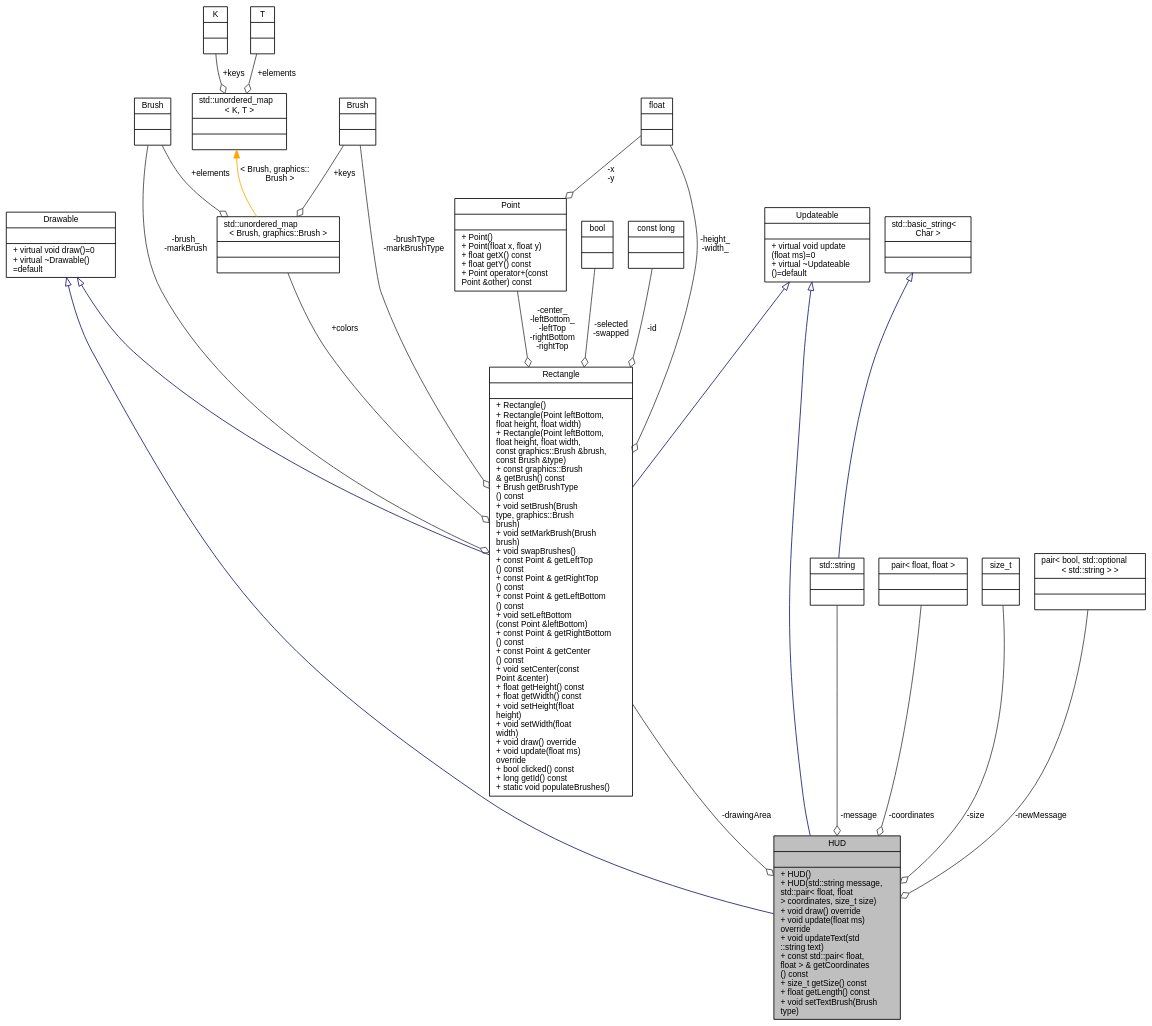
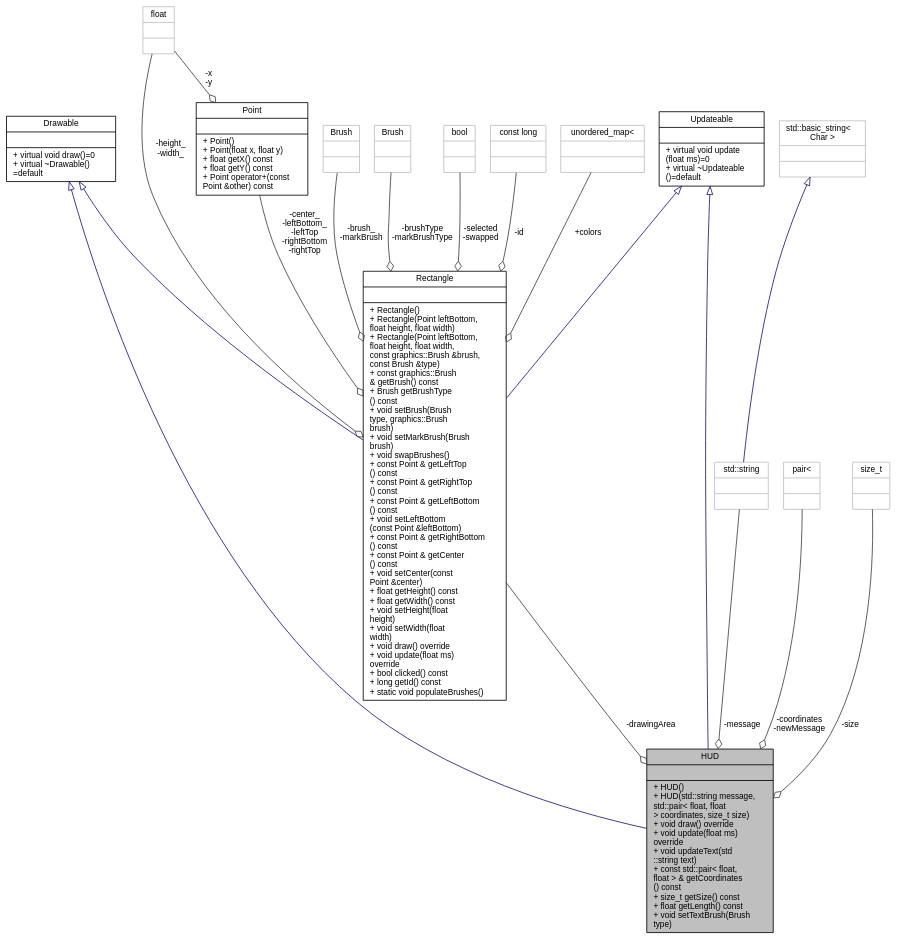
One commit to iliaskap12/chess changed the diagram in d9/d0a/classHUD__coll__graph.dot. Above: the diagram before and after it, drawn with Graphviz. The commit also changed 428 other files, not shown here.

```diff
--- a/d9/d0a/classHUD__coll__graph.dot
+++ b/d9/d0a/classHUD__coll__graph.dot
@@ -1,49 +1,39 @@
 digraph "HUD"
 {
  // LATEX_PDF_SIZE
   bgcolor="transparent";
   edge [fontname="Helvetica",fontsize="10",labelfontname="Helvetica",labelfontsize="10"];
   node [fontname="Helvetica",fontsize="10",shape=record];
   Node1 [label="{HUD\n||+  HUD()\l+  HUD(std::string message,\l std::pair\< float, float\l \> coordinates, size_t size)\l+ void draw() override\l+ void update(float ms)\l override\l+ void updateText(std\l::string text)\l+ const std::pair\< float,\l float \> & getCoordinates\l() const\l+ size_t getSize() const\l+ float getLength() const\l+ void setTextBrush(Brush\l type)\l}",height=0.2,width=0.4,color="black", fillcolor="grey75", style="filled", fontcolor="black",tooltip=" "];
   Node2 -> Node1 [dir="back",color="midnightblue",fontsize="10",style="solid",arrowtail="onormal",fontname="Helvetica"];
   Node2 [label="{Drawable\n||+ virtual void draw()=0\l+ virtual ~Drawable()\l=default\l}",height=0.2,width=0.4,color="black",URL="$de/db8/classDrawable.html",tooltip=" "];
   Node3 -> Node1 [dir="back",color="midnightblue",fontsize="10",style="solid",arrowtail="onormal",fontname="Helvetica"];
   Node3 [label="{Updateable\n||+ virtual void update\l(float ms)=0\l+ virtual ~Updateable\l()=default\l}",height=0.2,width=0.4,color="black",URL="$d2/d7d/classUpdateable.html",tooltip=" "];
   Node4 -> Node1 [color="grey25",fontsize="10",style="solid",label=" -message" ,arrowhead="odiamond",fontname="Helvetica"];
-  Node4 [label="{std::string\n||}",height=0.2,width=0.4,color="black",tooltip=" "];
+  Node4 [label="{std::string\n||}",height=0.2,width=0.4,color="grey75",tooltip=" "];
   Node5 -> Node4 [dir="back",color="midnightblue",fontsize="10",style="solid",arrowtail="onormal",fontname="Helvetica"];
-  Node5 [label="{std::basic_string\<\l Char \>\n||}",height=0.2,width=0.4,color="black",tooltip=" "];
-  Node6 -> Node1 [color="grey25",fontsize="10",style="solid",label=" -coordinates" ,arrowhead="odiamond",fontname="Helvetica"];
-  Node6 [label="{pair\< float, float \>\n||}",height=0.2,width=0.4,color="black",tooltip=" "];
+  Node5 [label="{std::basic_string\<\l Char \>\n||}",height=0.2,width=0.4,color="grey75",tooltip=" "];
+  Node6 -> Node1 [color="grey25",fontsize="10",style="solid",label=" -coordinates\n-newMessage" ,arrowhead="odiamond",fontname="Helvetica"];
+  Node6 [label="{pair\<\n||}",height=0.2,width=0.4,color="grey75",tooltip=" "];
   Node7 -> Node1 [color="grey25",fontsize="10",style="solid",label=" -size" ,arrowhead="odiamond",fontname="Helvetica"];
-  Node7 [label="{size_t\n||}",height=0.2,width=0.4,color="black",tooltip=" "];
+  Node7 [label="{size_t\n||}",height=0.2,width=0.4,color="grey75",tooltip=" "];
   Node8 -> Node1 [color="grey25",fontsize="10",style="solid",label=" -drawingArea" ,arrowhead="odiamond",fontname="Helvetica"];
   Node8 [label="{Rectangle\n||+  Rectangle()\l+  Rectangle(Point leftBottom,\l float height, float width)\l+  Rectangle(Point leftBottom,\l float height, float width,\l const graphics::Brush &brush,\l const Brush &type)\l+ const graphics::Brush\l & getBrush() const\l+ Brush getBrushType\l() const\l+ void setBrush(Brush\l type, graphics::Brush\l brush)\l+ void setMarkBrush(Brush\l brush)\l+ void swapBrushes()\l+ const Point & getLeftTop\l() const\l+ const Point & getRightTop\l() const\l+ const Point & getLeftBottom\l() const\l+ void setLeftBottom\l(const Point &leftBottom)\l+ const Point & getRightBottom\l() const\l+ const Point & getCenter\l() const\l+ void setCenter(const\l Point &center)\l+ float getHeight() const\l+ float getWidth() const\l+ void setHeight(float\l height)\l+ void setWidth(float\l width)\l+ void draw() override\l+ void update(float ms)\l override\l+ bool clicked() const\l+ long getId() const\l+ static void populateBrushes()\l}",height=0.2,width=0.4,color="black",URL="$de/d00/classRectangle.html",tooltip=" "];
   Node2 -> Node8 [dir="back",color="midnightblue",fontsize="10",style="solid",arrowtail="onormal",fontname="Helvetica"];
   Node3 -> Node8 [dir="back",color="midnightblue",fontsize="10",style="solid",arrowtail="onormal",fontname="Helvetica"];
   Node9 -> Node8 [color="grey25",fontsize="10",style="solid",label=" +colors" ,arrowhead="odiamond",fontname="Helvetica"];
-  Node9 [label="{std::unordered_map\l\< Brush, graphics::Brush \>\n||}",height=0.2,width=0.4,color="black",tooltip=" "];
-  Node10 -> Node9 [color="grey25",fontsize="10",style="solid",label=" +keys" ,arrowhead="odiamond",fontname="Helvetica"];
-  Node10 [label="{Brush\n||}",height=0.2,width=0.4,color="black",tooltip=" "];
-  Node11 -> Node9 [color="grey25",fontsize="10",style="solid",label=" +elements" ,arrowhead="odiamond",fontname="Helvetica"];
-  Node11 [label="{Brush\n||}",height=0.2,width=0.4,color="black",tooltip=" "];
-  Node12 -> Node9 [dir="back",color="orange",fontsize="10",style="solid",label=" \< Brush, graphics::\lBrush \>" ,fontname="Helvetica"];
-  Node12 [label="{std::unordered_map\l\< K, T \>\n||}",height=0.2,width=0.4,color="black",tooltip=" "];
-  Node13 -> Node12 [color="grey25",fontsize="10",style="solid",label=" +keys" ,arrowhead="odiamond",fontname="Helvetica"];
-  Node13 [label="{K\n||}",height=0.2,width=0.4,color="black",tooltip=" "];
-  Node14 -> Node12 [color="grey25",fontsize="10",style="solid",label=" +elements" ,arrowhead="odiamond",fontname="Helvetica"];
-  Node14 [label="{T\n||}",height=0.2,width=0.4,color="black",tooltip=" "];
-  Node15 -> Node8 [color="grey25",fontsize="10",style="solid",label=" -center_\n-leftBottom_\n-leftTop\n-rightBottom\n-rightTop" ,arrowhead="odiamond",fontname="Helvetica"];
-  Node15 [label="{Point\n||+  Point()\l+  Point(float x, float y)\l+ float getX() const\l+ float getY() const\l+ Point operator+(const\l Point &other) const\l}",height=0.2,width=0.4,color="black",URL="$dc/d4f/classPoint.html",tooltip=" "];
-  Node16 -> Node15 [color="grey25",fontsize="10",style="solid",label=" -x\n-y" ,arrowhead="odiamond",fontname="Helvetica"];
-  Node16 [label="{float\n||}",height=0.2,width=0.4,color="black",tooltip=" "];
-  Node16 -> Node8 [color="grey25",fontsize="10",style="solid",label=" -height_\n-width_" ,arrowhead="odiamond",fontname="Helvetica"];
-  Node11 -> Node8 [color="grey25",fontsize="10",style="solid",label=" -brush_\n-markBrush" ,arrowhead="odiamond",fontname="Helvetica"];
-  Node10 -> Node8 [color="grey25",fontsize="10",style="solid",label=" -brushType\n-markBrushType" ,arrowhead="odiamond",fontname="Helvetica"];
-  Node17 -> Node8 [color="grey25",fontsize="10",style="solid",label=" -selected\n-swapped" ,arrowhead="odiamond",fontname="Helvetica"];
-  Node17 [label="{bool\n||}",height=0.2,width=0.4,color="black",tooltip=" "];
-  Node18 -> Node8 [color="grey25",fontsize="10",style="solid",label=" -id" ,arrowhead="odiamond",fontname="Helvetica"];
-  Node18 [label="{const long\n||}",height=0.2,width=0.4,color="black",tooltip=" "];
-  Node19 -> Node1 [color="grey25",fontsize="10",style="solid",label=" -newMessage" ,arrowhead="odiamond",fontname="Helvetica"];
-  Node19 [label="{pair\< bool, std::optional\l\< std::string \> \>\n||}",height=0.2,width=0.4,color="black",tooltip=" "];
+  Node9 [label="{unordered_map\<\n||}",height=0.2,width=0.4,color="grey75",tooltip=" "];
+  Node10 -> Node8 [color="grey25",fontsize="10",style="solid",label=" -center_\n-leftBottom_\n-leftTop\n-rightBottom\n-rightTop" ,arrowhead="odiamond",fontname="Helvetica"];
+  Node10 [label="{Point\n||+  Point()\l+  Point(float x, float y)\l+ float getX() const\l+ float getY() const\l+ Point operator+(const\l Point &other) const\l}",height=0.2,width=0.4,color="black",URL="$dc/d4f/classPoint.html",tooltip=" "];
+  Node11 -> Node10 [color="grey25",fontsize="10",style="solid",label=" -x\n-y" ,arrowhead="odiamond",fontname="Helvetica"];
+  Node11 [label="{float\n||}",height=0.2,width=0.4,color="grey75",tooltip=" "];
+  Node11 -> Node8 [color="grey25",fontsize="10",style="solid",label=" -height_\n-width_" ,arrowhead="odiamond",fontname="Helvetica"];
+  Node12 -> Node8 [color="grey25",fontsize="10",style="solid",label=" -brush_\n-markBrush" ,arrowhead="odiamond",fontname="Helvetica"];
+  Node12 [label="{Brush\n||}",height=0.2,width=0.4,color="grey75",tooltip=" "];
+  Node13 -> Node8 [color="grey25",fontsize="10",style="solid",label=" -brushType\n-markBrushType" ,arrowhead="odiamond",fontname="Helvetica"];
+  Node13 [label="{Brush\n||}",height=0.2,width=0.4,color="grey75",tooltip=" "];
+  Node14 -> Node8 [color="grey25",fontsize="10",style="solid",label=" -selected\n-swapped" ,arrowhead="odiamond",fontname="Helvetica"];
+  Node14 [label="{bool\n||}",height=0.2,width=0.4,color="grey75",tooltip=" "];
+  Node15 -> Node8 [color="grey25",fontsize="10",style="solid",label=" -id" ,arrowhead="odiamond",fontname="Helvetica"];
+  Node15 [label="{const long\n||}",height=0.2,width=0.4,color="grey75",tooltip=" "];
 }
```
